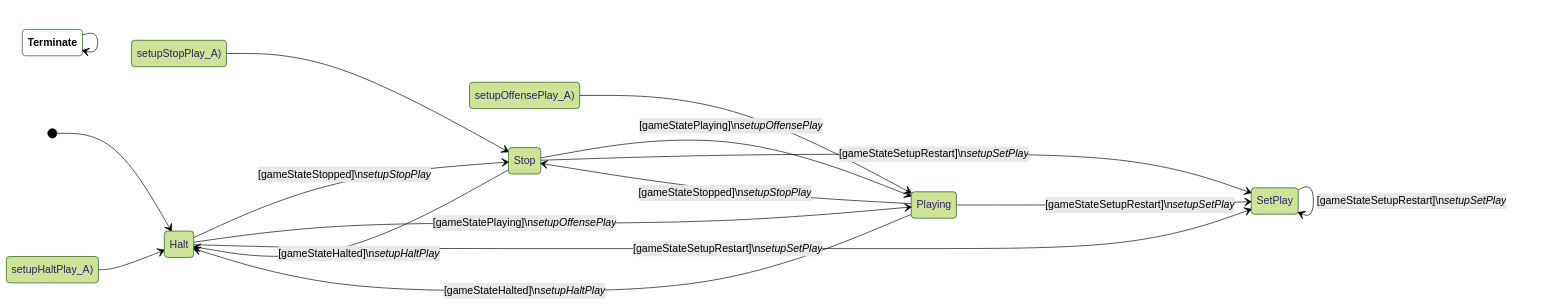
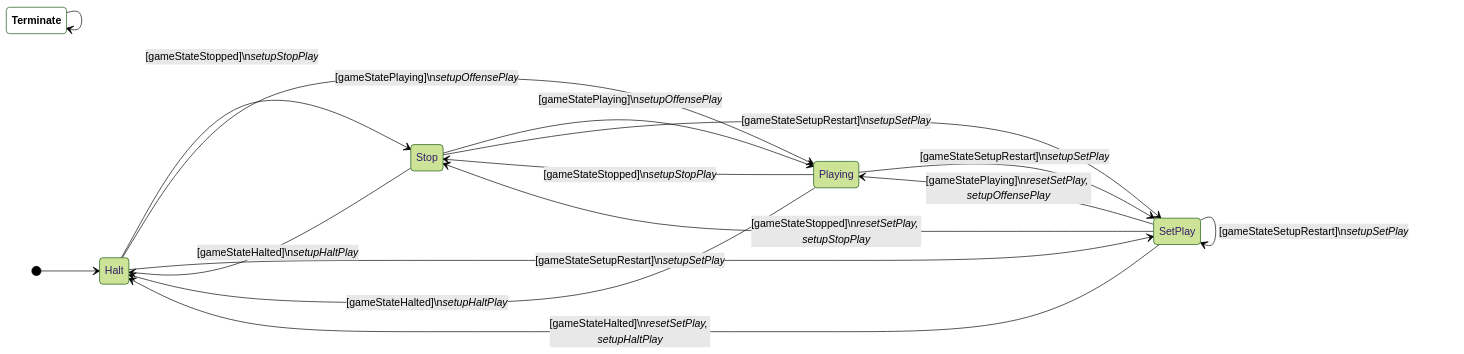
One commit to UBC-Thunderbots/Software changed the first of 25 diagrams in docs/fsm-diagrams.md. Above: the diagram before and after it, drawn with Mermaid (forest theme). The commit also changed 4 other files, not shown here.

Commit message:
Fix pre-commit and fsm_diagram_generator.py

````diff
--- a/docs/fsm-diagrams.md
+++ b/docs/fsm-diagrams.md
@@ -5,25 +5,22 @@
 ```mermaid
 
 stateDiagram-v2
 classDef terminate fill:white,color:black,font-weight:bold
 direction LR
 [*] --> Halt
 Halt --> Stop : [gameStateStopped]\n<i>setupStopPlay</i>
 Halt --> Playing : [gameStatePlaying]\n<i>setupOffensePlay</i>
 Halt --> SetPlay : [gameStateSetupRestart]\n<i>setupSetPlay</i>
 Stop --> Halt : [gameStateHalted]\n<i>setupHaltPlay</i>
 Stop --> Playing : [gameStatePlaying]\n<i>setupOffensePlay</i>
 Stop --> SetPlay : [gameStateSetupRestart]\n<i>setupSetPlay</i>
 Playing --> Halt : [gameStateHalted]\n<i>setupHaltPlay</i>
 Playing --> Stop : [gameStateStopped]\n<i>setupStopPlay</i>
 Playing --> SetPlay : [gameStateSetupRestart]\n<i>setupSetPlay</i>
-SetPlay --> SetPlay : [gameStateHalted]\n<i>(resetSetPlay</i>
-setupHaltPlay_A) --> Halt
-SetPlay --> SetPlay : [gameStateStopped]\n<i>(resetSetPlay</i>
-setupStopPlay_A) --> Stop
-SetPlay --> SetPlay : [gameStatePlaying]\n<i>(resetSetPlay</i>
-setupOffensePlay_A) --> Playing
+SetPlay --> Halt : [gameStateHalted]\n<i>resetSetPlay, setupHaltPlay</i>
+SetPlay --> Stop : [gameStateStopped]\n<i>resetSetPlay, setupStopPlay</i>
+SetPlay --> Playing : [gameStatePlaying]\n<i>resetSetPlay, setupOffensePlay</i>
 SetPlay --> SetPlay : [gameStateSetupRestart]\n<i>setupSetPlay</i>
 Terminate:::terminate --> Terminate:::terminate
 
 ```
````
